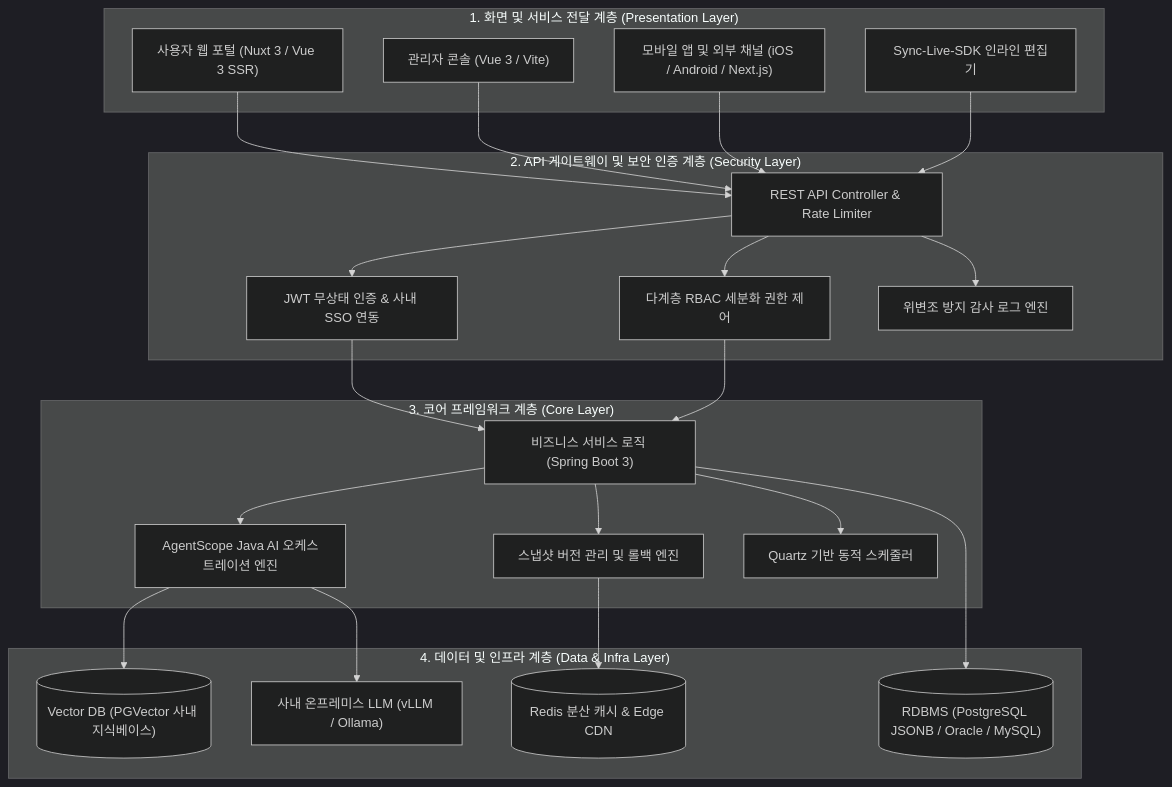
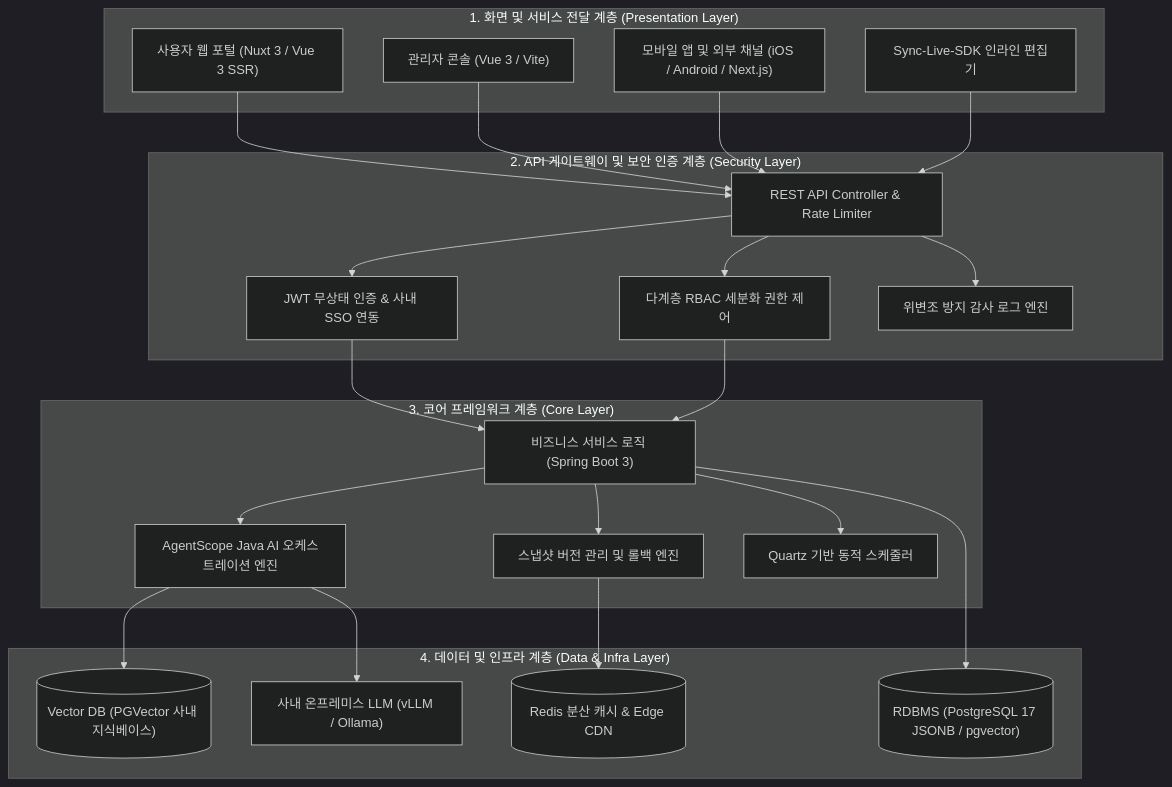
One commit to DramaticCollaboration/doc.github.io changed the first of 2 diagrams in ko/synccms/architecture.md. Above: the diagram before and after it, drawn with Mermaid (dark theme). The commit also changed other lines of this file and 49 other files, not shown here.

````diff
--- a/ko/synccms/architecture.md
+++ b/ko/synccms/architecture.md
@@ -25,38 +25,38 @@
 ```mermaid
 graph TD
     subgraph "1. 화면 및 서비스 전달 계층 (Presentation Layer)"
         UI1["사용자 웹 포털 (Nuxt 3 / Vue 3 SSR)"]
         UI2["관리자 콘솔 (Vue 3 / Vite)"]
         UI3["모바일 앱 및 외부 채널 (iOS / Android / Next.js)"]
         UI4["Sync-Live-SDK 인라인 편집기"]
     end
 
     subgraph "2. API 게이트웨이 및 보안 인증 계층 (Security Layer)"
         GW["REST API Controller & Rate Limiter"]
         SSO["JWT 무상태 인증 & 사내 SSO 연동"]
         RBAC["다계층 RBAC 세분화 권한 제어"]
         AUDIT["위변조 방지 감사 로그 엔진"]
     end
 
     subgraph "3. 코어 프레임워크 계층 (Core Layer)"
         CTRL["비즈니스 서비스 로직 (Spring Boot 3)"]
         AS["AgentScope Java AI 오케스트레이션 엔진"]
         ENG["스냅샷 버전 관리 및 롤백 엔진"]
         SCHED["Quartz 기반 동적 스케줄러"]
     end
 
     subgraph "4. 데이터 및 인프라 계층 (Data & Infra Layer)"
-        RDB[("RDBMS (PostgreSQL JSONB / Oracle / MySQL)")]
+        RDB[("RDBMS (PostgreSQL 17 JSONB / pgvector)")]
         VEC[("Vector DB (PGVector 사내 지식베이스)")]
         CACHE[("Redis 분산 캐시 & Edge CDN")]
         LLM["사내 온프레미스 LLM (vLLM / Ollama)"]
     end
 
     UI1 & UI2 & UI3 & UI4 --> GW
     GW --> SSO & RBAC & AUDIT
     SSO & RBAC --> CTRL
     CTRL --> AS & ENG & SCHED
     CTRL --> RDB
     AS --> VEC & LLM
     ENG --> CACHE
 ```
````
